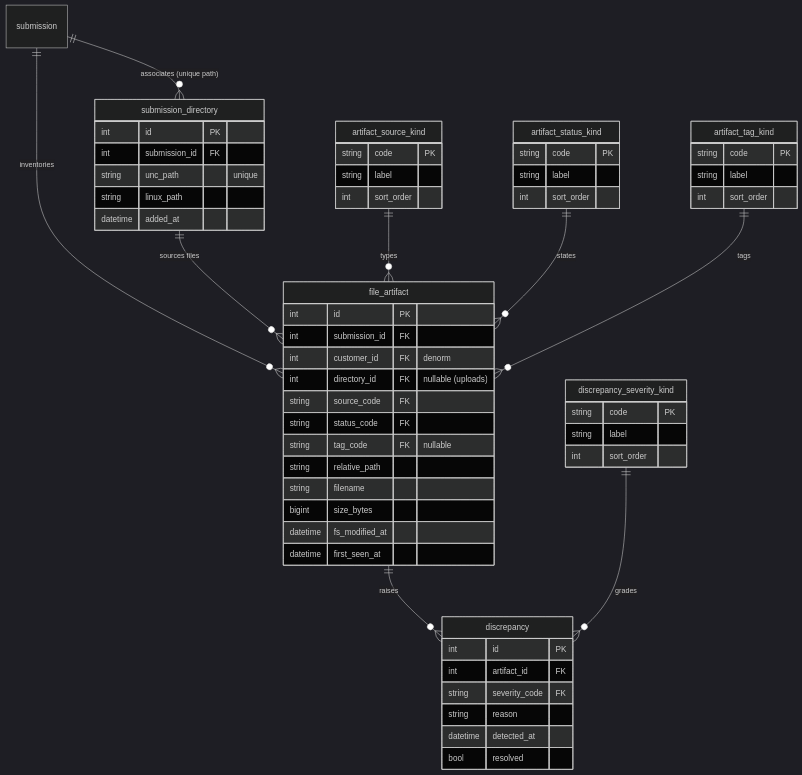
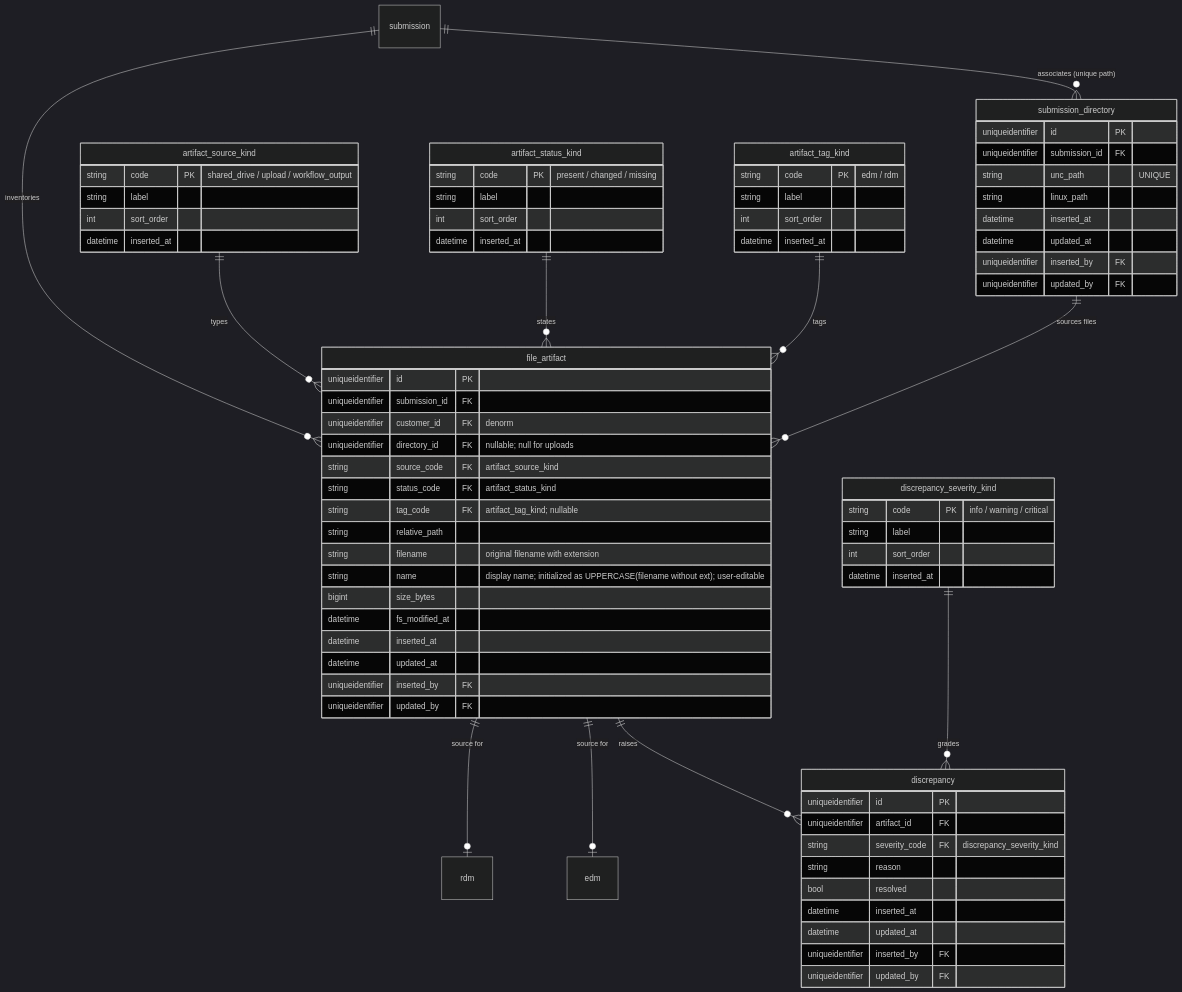
The second of 11 diagrams in docs/DATA_MODEL.md (anilvenugopal/risk-workbench), drawn with Mermaid (dark theme) before and after one commit. The commit also changed other lines of this file and 2 other files, not shown here.

````diff
--- a/docs/DATA_MODEL.md
+++ b/docs/DATA_MODEL.md
@@ -77,61 +147,77 @@
 ```mermaid
 erDiagram
   submission ||--o{ submission_directory : "associates (unique path)"
   submission ||--o{ file_artifact : inventories
   submission_directory ||--o{ file_artifact : "sources files"
   artifact_source_kind ||--o{ file_artifact : types
   artifact_status_kind ||--o{ file_artifact : states
   artifact_tag_kind ||--o{ file_artifact : tags
   file_artifact ||--o{ discrepancy : raises
   discrepancy_severity_kind ||--o{ discrepancy : grades
+  file_artifact ||--o| edm : "source for"
+  file_artifact ||--o| rdm : "source for"
 
   submission_directory {
-    int id PK
-    int submission_id FK
-    string unc_path "unique"
+    uniqueidentifier id PK
+    uniqueidentifier submission_id FK
+    string unc_path "UNIQUE"
     string linux_path
-    datetime added_at
+    datetime inserted_at
+    datetime updated_at
+    uniqueidentifier inserted_by FK
+    uniqueidentifier updated_by FK
   }
   file_artifact {
-    int id PK
-    int submission_id FK
-    int customer_id FK "denorm"
-    int directory_id FK "nullable (uploads)"
-    string source_code FK
-    string status_code FK
-    string tag_code FK "nullable"
+    uniqueidentifier id PK
+    uniqueidentifier submission_id FK
+    uniqueidentifier customer_id FK "denorm"
+    uniqueidentifier directory_id FK "nullable; null for uploads"
+    string source_code FK "artifact_source_kind"
+    string status_code FK "artifact_status_kind"
+    string tag_code FK "artifact_tag_kind; nullable"
     string relative_path
-    string filename
+    string filename "original filename with extension"
+    string name "display name; initialized as UPPERCASE(filename without ext); user-editable"
     bigint size_bytes
     datetime fs_modified_at
-    datetime first_seen_at
+    datetime inserted_at
+    datetime updated_at
+    uniqueidentifier inserted_by FK
+    uniqueidentifier updated_by FK
   }
   artifact_source_kind {
-    string code PK
+    string code PK "shared_drive / upload / workflow_output"
     string label
     int sort_order
+    datetime inserted_at
   }
   artifact_status_kind {
-    string code PK
+    string code PK "present / changed / missing"
     string label
     int sort_order
+    datetime inserted_at
   }
   artifact_tag_kind {
-    string code PK
+    string code PK "edm / rdm"
     string label
     int sort_order
+    datetime inserted_at
   }
   discrepancy {
-    int id PK
-    int artifact_id FK
-    string severity_code FK
+    uniqueidentifier id PK
+    uniqueidentifier artifact_id FK
+    string severity_code FK "discrepancy_severity_kind"
     string reason
-    datetime detected_at
     bool resolved
+    datetime inserted_at
+    datetime updated_at
+    uniqueidentifier inserted_by FK
+    uniqueidentifier updated_by FK
   }
   discrepancy_severity_kind {
-    string code PK
+    string code PK "info / warning / critical"
     string label
     int sort_order
+    datetime inserted_at
   }
 ```
````
